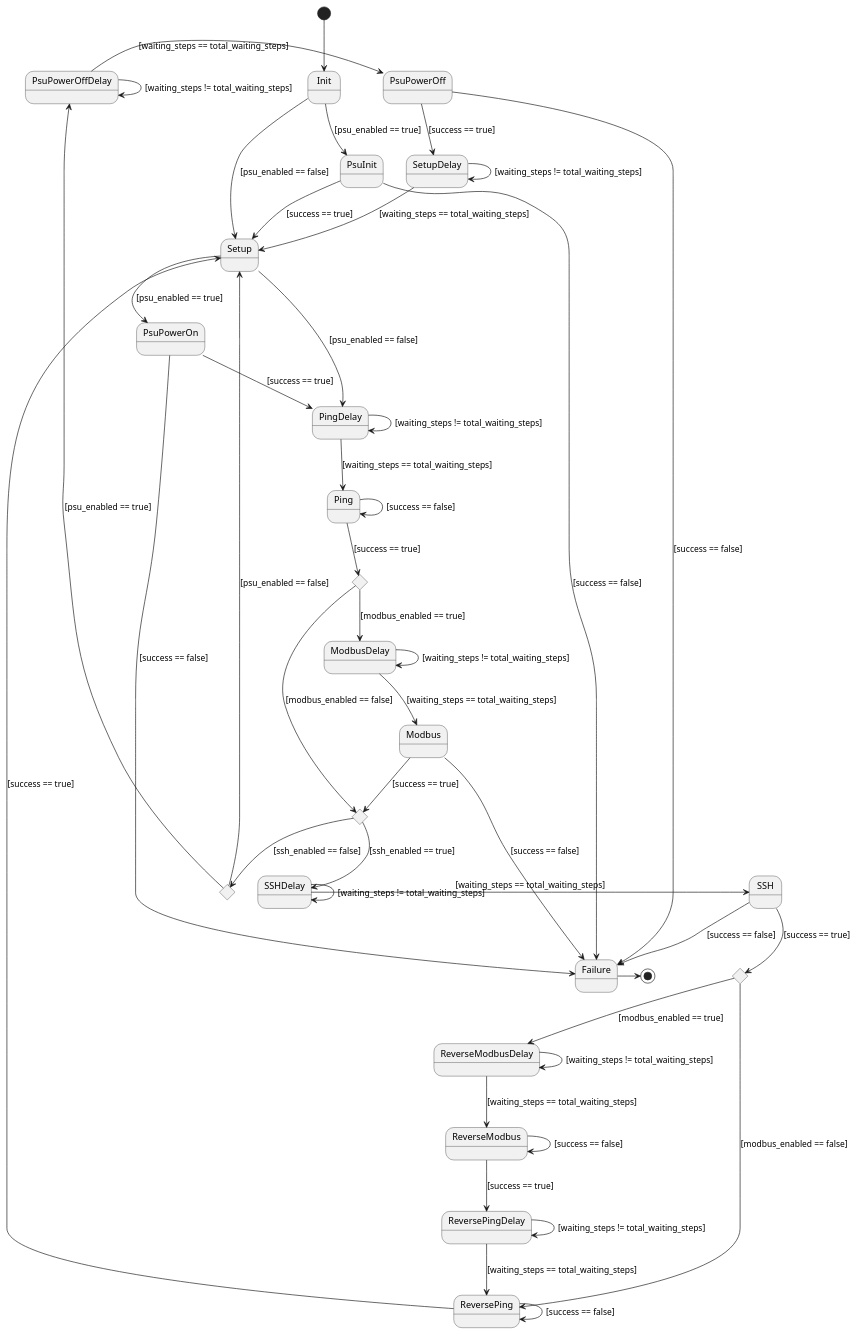
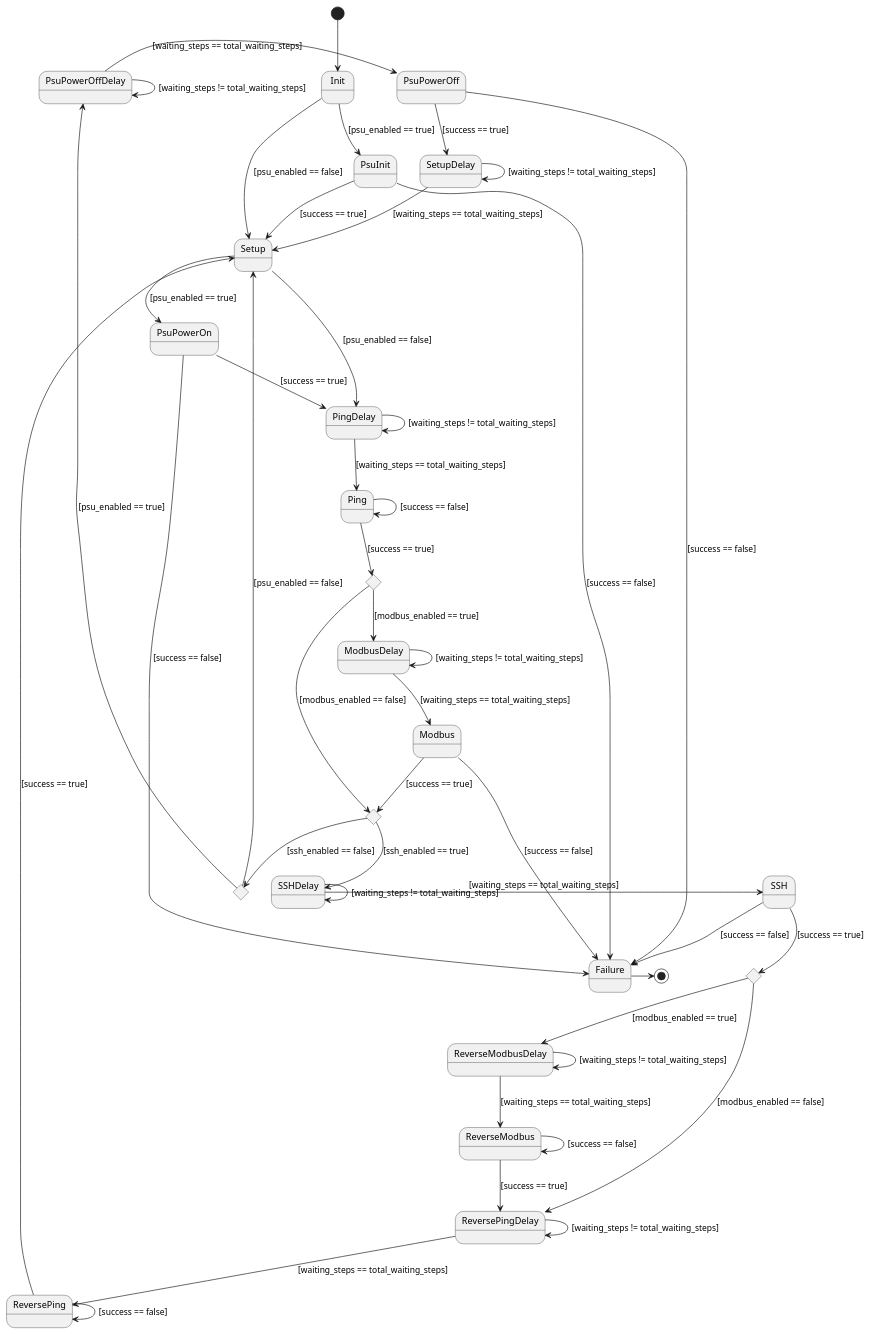
One commit to pixsys-electronics/PowerSupplyCycleTool changed the diagram in assets/state_machine_schema.puml. Above: the diagram before and after it, drawn with PlantUML. The commit also changed 1 other file, not shown here.

Commit message:
fix SSH transition on state machine schema

```diff
--- a/assets/state_machine_schema.puml
+++ b/assets/state_machine_schema.puml
@@ -2,77 +2,77 @@
 @startuml state_machine
 
 [*] --> Init
 
 state PingDecision <<choice>>
 state PingDecision2 <<choice>>
 state PingDecision3 <<choice>>
 state SSHDecision <<choice>>
 
 ' decisions '
 PingDecision --> ModbusDelay : [modbus_enabled == true]
 PingDecision --> PingDecision2 : [modbus_enabled == false]
 
 PingDecision2 --> SSHDelay : [ssh_enabled == true]
 PingDecision2 --> PingDecision3 : [ssh_enabled == false]
 
 PingDecision3 --> PsuPowerOffDelay : [psu_enabled == true]
 PingDecision3 --> Setup : [psu_enabled == false]
 
 SSHDecision --> ReverseModbusDelay : [modbus_enabled == true]
-SSHDecision --> ReversePing : [modbus_enabled == false]
+SSHDecision --> ReversePingDelay : [modbus_enabled == false]
 
 ' states '
 Init --> PsuInit : [psu_enabled == true]
 Init --> Setup : [psu_enabled == false]
 
 PsuInit --> Setup : [success == true]
 PsuInit --> Failure : [success == false]
 
 SetupDelay --> Setup : [waiting_steps == total_waiting_steps]
 SetupDelay --> SetupDelay : [waiting_steps != total_waiting_steps]
 
 Setup --> PsuPowerOn : [psu_enabled == true]
 Setup --> PingDelay : [psu_enabled == false]
 
 PsuPowerOn --> PingDelay : [success == true]
 PsuPowerOn --> Failure : [success == false]
 
 PingDelay --> Ping : [waiting_steps == total_waiting_steps]
 PingDelay --> PingDelay : [waiting_steps != total_waiting_steps]
 
 PsuPowerOffDelay -> PsuPowerOff : [waiting_steps == total_waiting_steps]
 PsuPowerOffDelay -> PsuPowerOffDelay : [waiting_steps != total_waiting_steps]
 
 PsuPowerOff --> SetupDelay : [success == true]
 PsuPowerOff --> Failure : [success == false]
 
 Ping --> PingDecision : [success == true]
 Ping --> Ping: [success == false]
 
 ModbusDelay --> Modbus : [waiting_steps == total_waiting_steps]
 ModbusDelay --> ModbusDelay : [waiting_steps != total_waiting_steps]
 
 Modbus --> PingDecision2 : [success == true]
 Modbus --> Failure : [success == false]
 
 SSHDelay -> SSH : [waiting_steps == total_waiting_steps]
 SSHDelay -> SSHDelay : [waiting_steps != total_waiting_steps]
 
 SSH --> SSHDecision : [success == true]
 SSH --> Failure : [success == false]
 
 ReverseModbusDelay --> ReverseModbus : [waiting_steps == total_waiting_steps]
 ReverseModbusDelay --> ReverseModbusDelay : [waiting_steps != total_waiting_steps]
 
 ReverseModbus --> ReverseModbus : [success == false]
 ReverseModbus --> ReversePingDelay : [success == true]
 
 ReversePingDelay --> ReversePing : [waiting_steps == total_waiting_steps]
 ReversePingDelay --> ReversePingDelay : [waiting_steps != total_waiting_steps]
 
 ReversePing --> ReversePing : [success == false]
 ReversePing --> Setup : [success == true]
 
 Failure -> [*]
 
 @enduml
```
